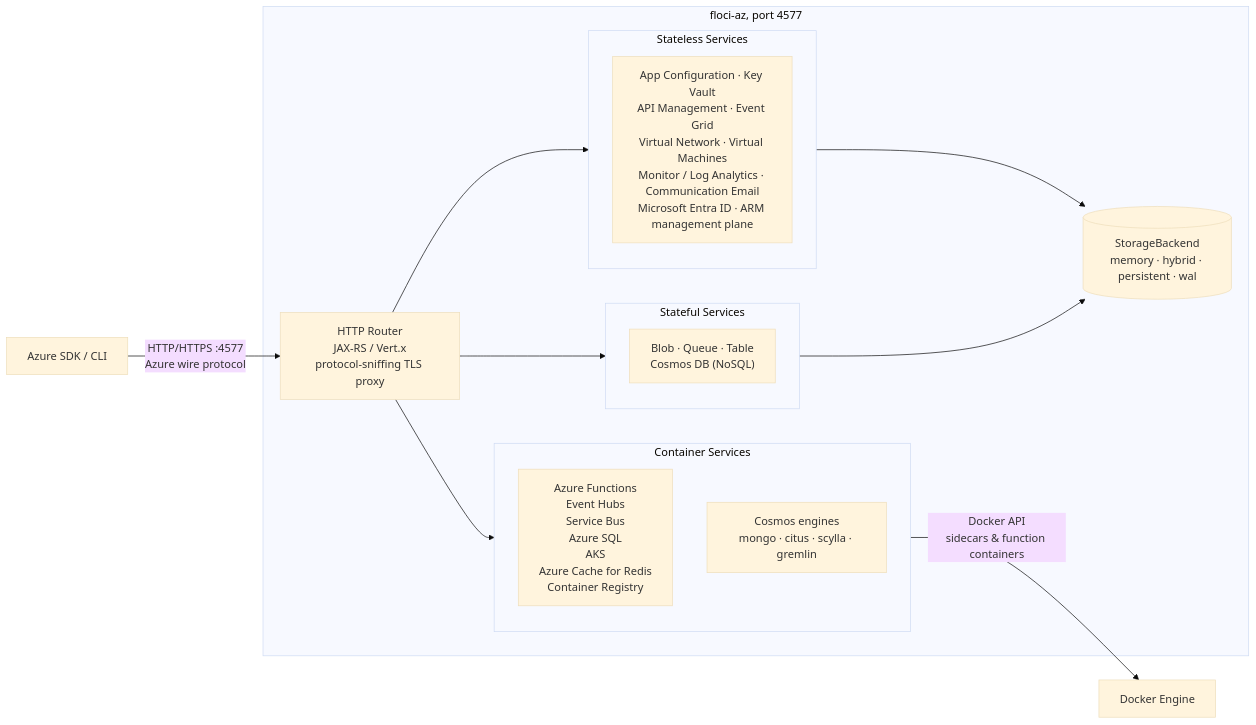
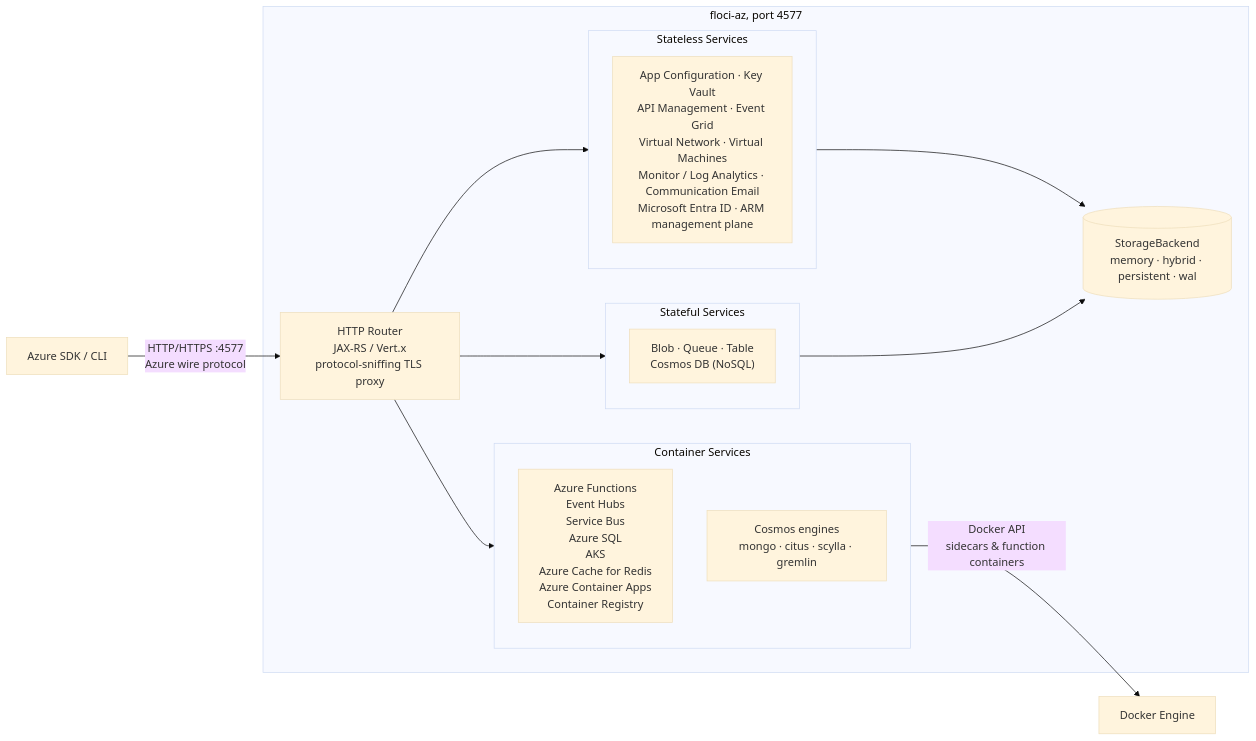
The diagram in README.md (SchwartzKamel/floci-az), drawn with Mermaid (base theme) before and after one commit. The commit also changed other lines of this file and 16 other files, not shown here.

````diff
--- a/README.md
+++ b/README.md
@@ -258,30 +259,30 @@
 ```mermaid
 flowchart LR
     Client["Azure SDK / CLI"]
 
     subgraph FlociAz ["floci-az, port 4577"]
         Router["HTTP Router\nJAX-RS / Vert.x\nprotocol-sniffing TLS proxy"]
 
         subgraph Stateless ["Stateless Services"]
             A["App Configuration · Key Vault\nAPI Management · Event Grid\nVirtual Network · Virtual Machines\nMonitor / Log Analytics · Communication Email\nMicrosoft Entra ID · ARM management plane"]
         end
 
         subgraph Stateful ["Stateful Services"]
             B["Blob · Queue · Table\nCosmos DB (NoSQL)"]
         end
 
         subgraph Containers ["Container Services"]
-            C["Azure Functions\nEvent Hubs\nService Bus\nAzure SQL\nAKS\nAzure Cache for Redis\nContainer Registry"]
+            C["Azure Functions\nEvent Hubs\nService Bus\nAzure SQL\nAKS\nAzure Cache for Redis\nAzure Container Apps\nContainer Registry"]
             D["Cosmos engines\nmongo · citus · scylla · gremlin"]
         end
 
         Router --> Stateless
         Router --> Stateful
         Router --> Containers
         Stateless & Stateful --> Store[("StorageBackend\nmemory · hybrid · persistent · wal")]
     end
 
     Docker["Docker Engine"]
     Client -->|"HTTP/HTTPS :4577\nAzure wire protocol"| Router
     Containers -->|"Docker API\nsidecars & function containers"| Docker
 ```
````
